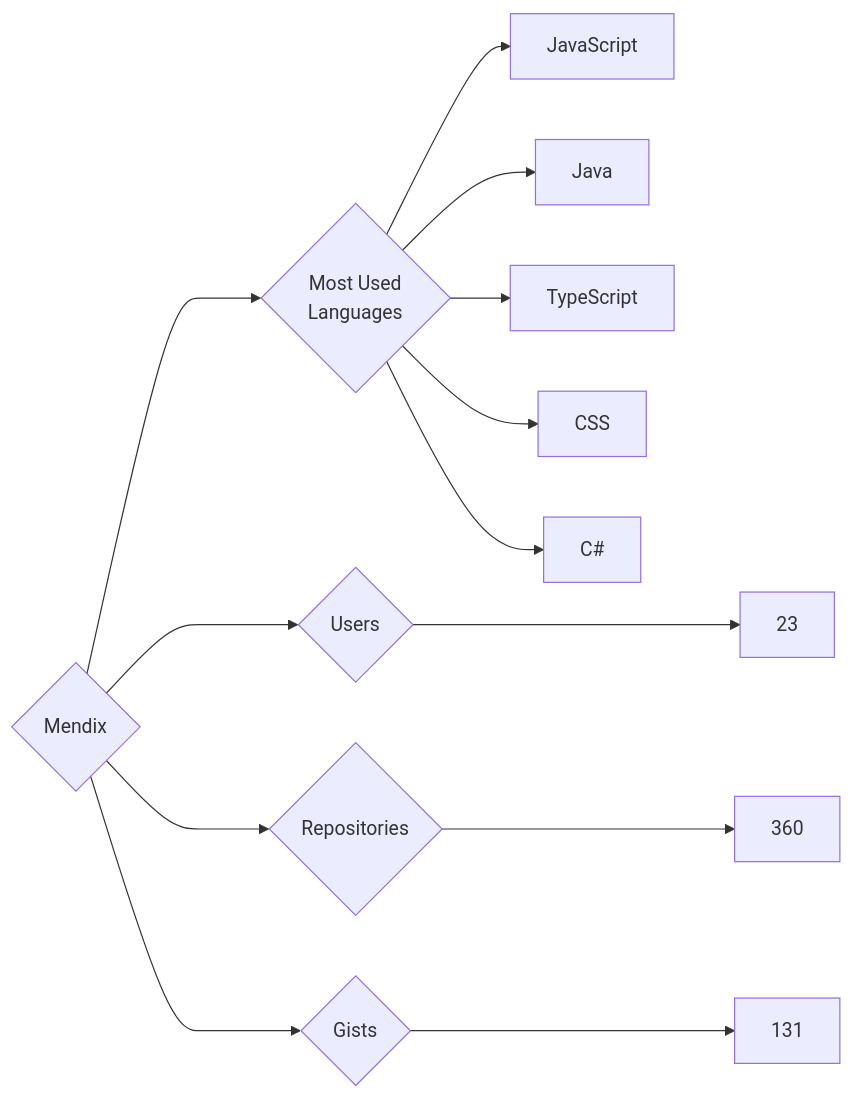
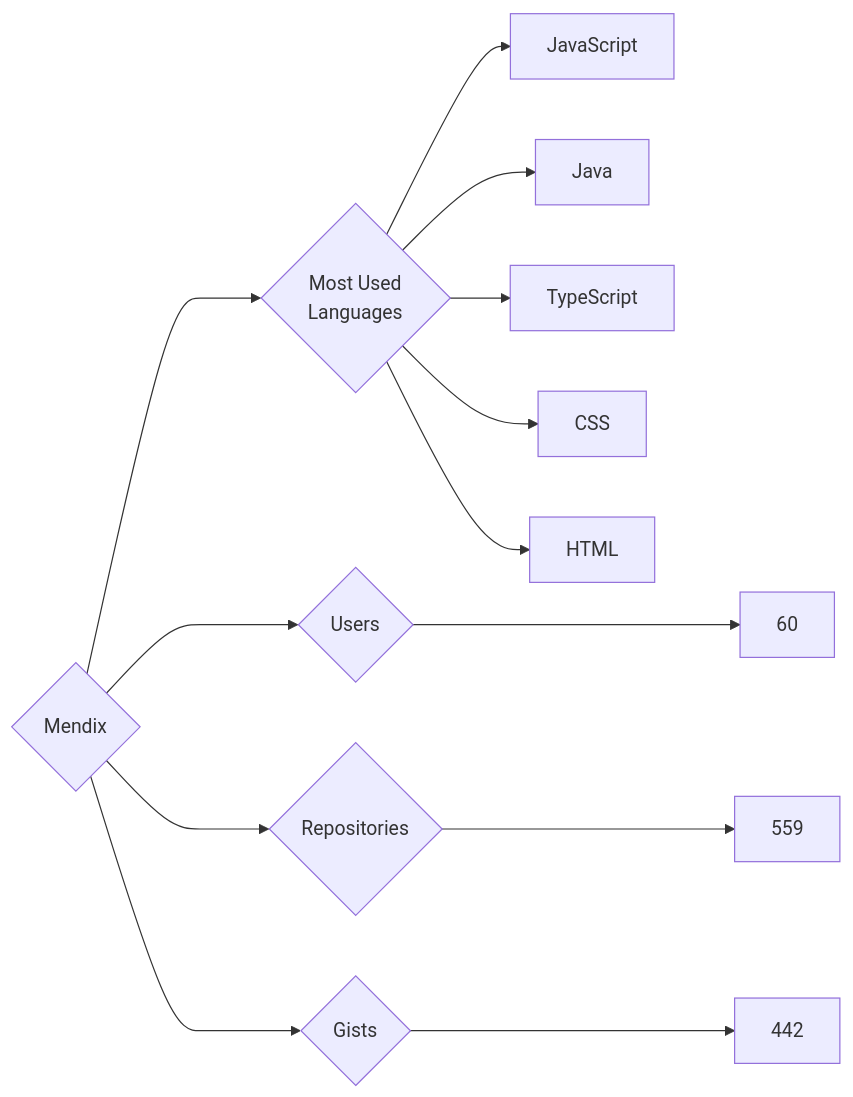
One commit to trickest/insiders changed the diagram in targets/Mendix/README.md. Above: the diagram before and after it, drawn with Mermaid. The commit also changed 940 other files, not shown here.

````diff
--- a/targets/Mendix/README.md
+++ b/targets/Mendix/README.md
@@ -3,13 +3,13 @@
 ```mermaid
 graph LR
 COMPANY_NAME{Mendix}
-COMPANY_NAME ---> U{Users} ---> UN[23]
-COMPANY_NAME ---> R{Repositories} ---> RN[360]
-COMPANY_NAME ---> G{Gists} ---> GN[131]
+COMPANY_NAME ---> U{Users} ---> UN[60]
+COMPANY_NAME ---> R{Repositories} ---> RN[559]
+COMPANY_NAME ---> G{Gists} ---> GN[442]
 COMPANY_NAME ---> ML{Most Used<br>Languages}
 ML --> JavaScript[JavaScript]
 ML --> Java[Java]
 ML --> TypeScript[TypeScript]
 ML --> CSS[CSS]
-ML --> C#[C#]
+ML --> HTML[HTML]
 ```
````
